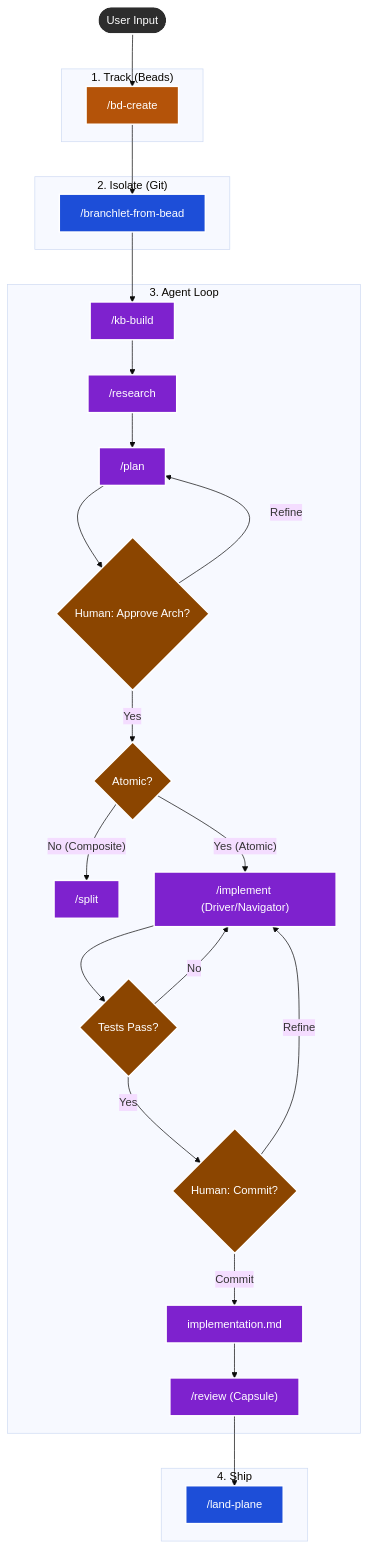
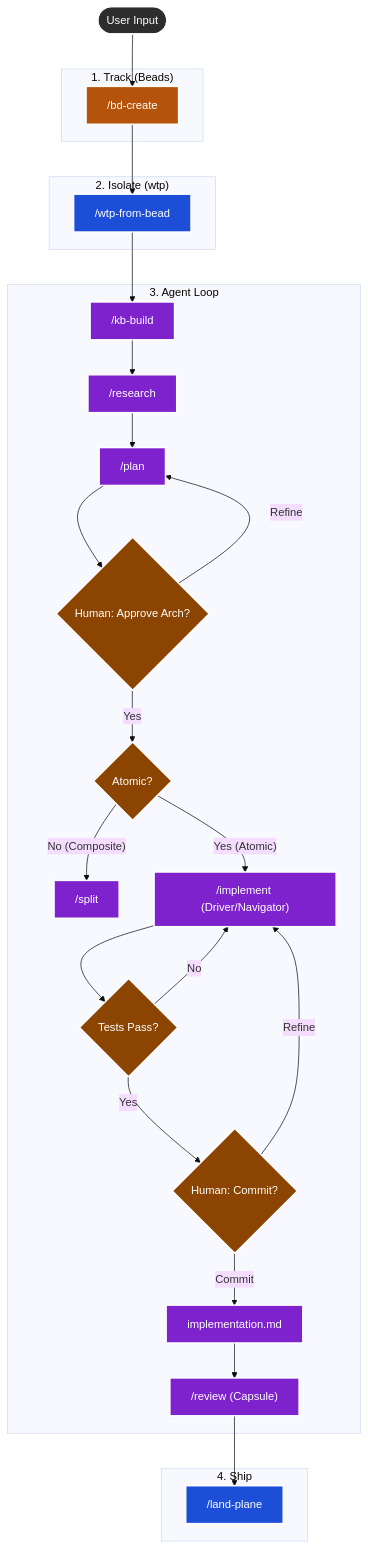
The diagram in README.md (jveko/amp-maestro), drawn with Mermaid (base theme) before and after one commit. The commit also changed other lines of this file, not shown here.

First line of the commit message:
docs: improve README with wtp references and cleaner structure

````diff
--- a/README.md
+++ b/README.md
@@ -20,46 +21,46 @@
 ```mermaid
 graph TD
     %% Styling for Dark Mode / High Contrast
     classDef default fill:#2d2d2d,stroke:#fff,stroke-width:2px,color:#fff;
-    classDef bead fill:#b45309,stroke:#fff,stroke-width:2px,color:#fff; %% Orange/Brown
-    classDef git fill:#1d4ed8,stroke:#fff,stroke-width:2px,color:#fff; %% Blue
-    classDef amp fill:#7e22ce,stroke:#fff,stroke-width:2px,color:#fff; %% Purple
+    classDef bead fill:#b45309,stroke:#fff,stroke-width:2px,color:#fff;
+    classDef git fill:#1d4ed8,stroke:#fff,stroke-width:2px,color:#fff;
+    classDef amp fill:#7e22ce,stroke:#fff,stroke-width:2px,color:#fff;
     classDef decision fill:#8b4500,stroke:#fff,stroke-width:2px,color:#fff;
 
     New([User Input]) --> Create
     
     subgraph "1. Track (Beads)"
         Create["/bd-create"]:::bead
     end
 
-    subgraph "2. Isolate (Git)"
-        Worktree["/branchlet-from-bead"]:::git
+    subgraph "2. Isolate (wtp)"
+        Worktree["/wtp-from-bead"]:::git
     end
 
     subgraph "3. Agent Loop"
         KB["/kb-build"]:::amp --> Research["/research"]:::amp
         Research --> Plan["/plan"]:::amp
         Plan --> ArchCheck{Human: Approve Arch?}:::decision
         ArchCheck -- "Refine" --> Plan
         ArchCheck -- "Yes" --> Complexity{Atomic?}:::decision
         
         Complexity -- No (Composite) --> Split["/split"]:::amp
         Complexity -- Yes (Atomic) --> Implement["/implement (Driver/Navigator)"]:::amp
         
         Implement --> Verify{Tests Pass?}:::decision
         Verify -- No --> Implement
         Verify -- Yes --> HumanCheck{Human: Commit?}:::decision
         
         HumanCheck -- "Refine" --> Implement
         HumanCheck -- "Commit" --> Log["implementation.md"]:::amp
         Log --> Review["/review (Capsule)"]:::amp
     end
     
     subgraph "4. Ship"
         Land["/land-plane"]:::git
     end
 
     Create --> Worktree
     Worktree --> KB
     Review --> Land
 ```
````
